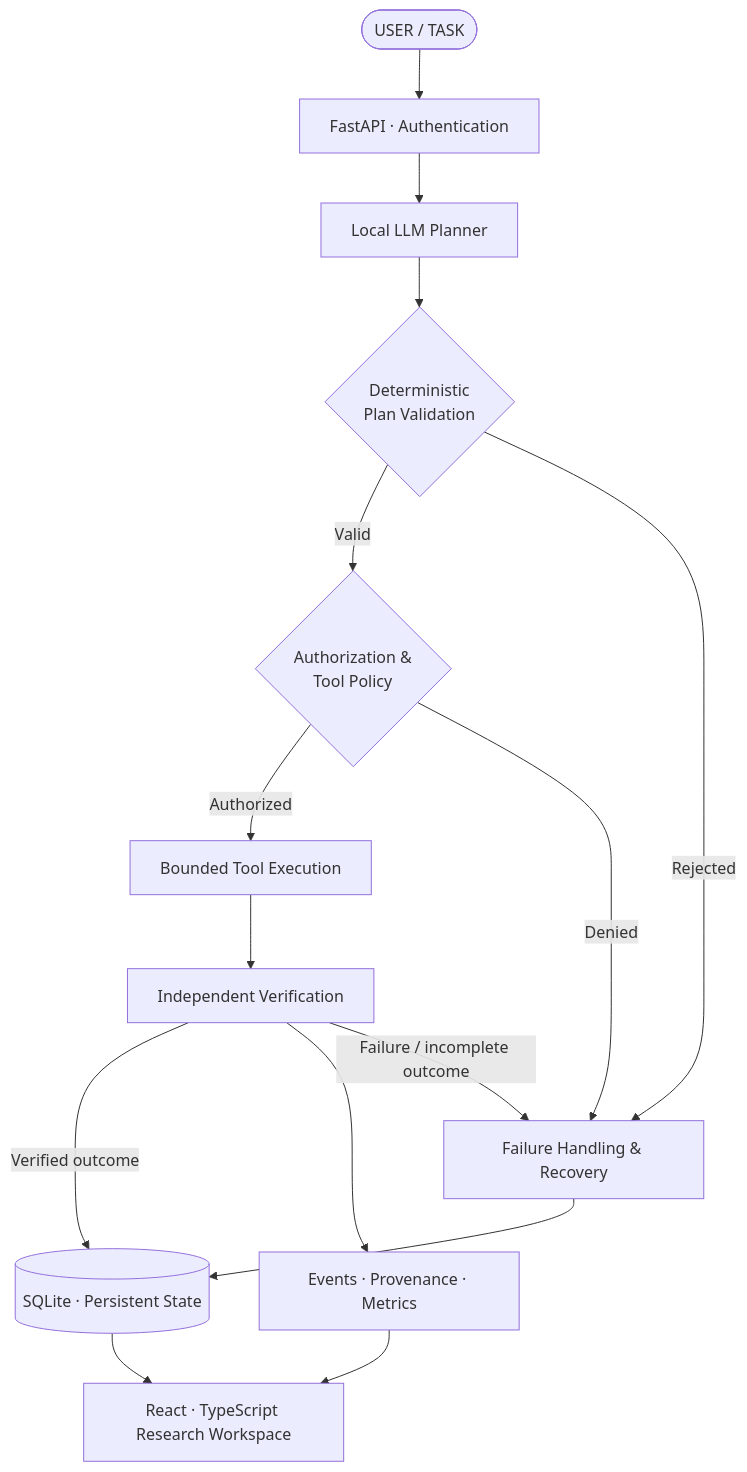
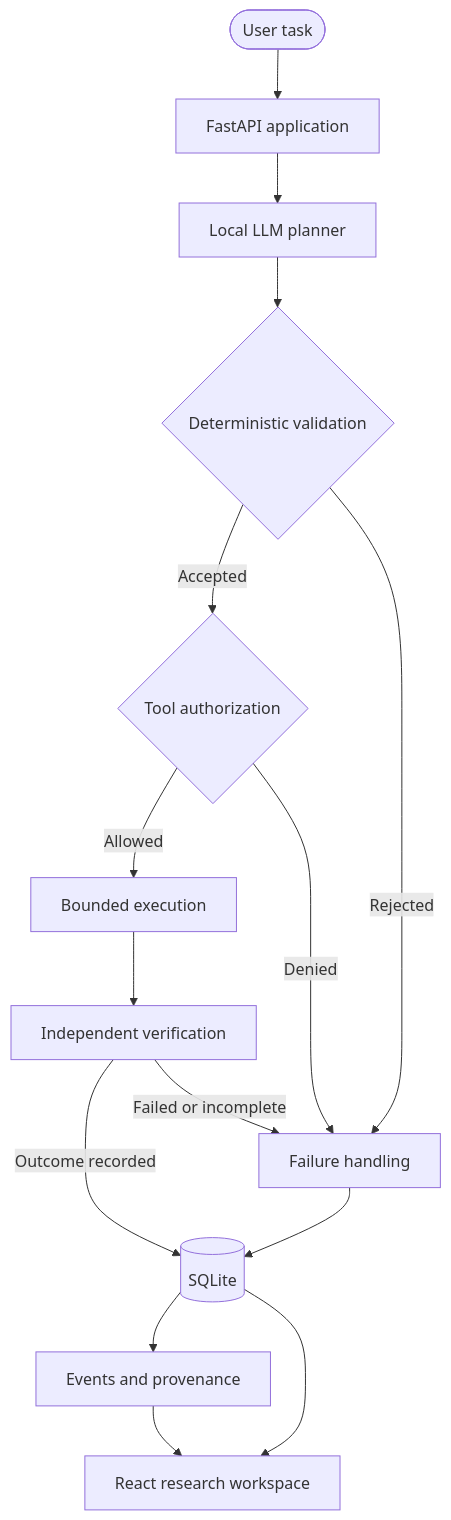
The diagram in README.md (n0tify/ATLAS-X), drawn with Mermaid before and after one commit. The commit also changed other lines of this file, not shown here.

````diff
--- a/README.md
+++ b/README.md
@@ -37,29 +75,17 @@
 ```mermaid
 flowchart TD
-    U(["USER / TASK"])
-    API["FastAPI · Authentication"]
-    P["Local LLM Planner"]
-    V{"Deterministic<br/>Plan Validation"}
-    A{"Authorization &<br/>Tool Policy"}
-    X["Bounded Tool Execution"]
-    C["Independent Verification"]
-    DB[("SQLite · Persistent State")]
-    EV["Events · Provenance · Metrics"]
-    R["Failure Handling & Recovery"]
-    UI["React · TypeScript Research Workspace"]
-
-    U --> API
-    API --> P
-    P --> V
-    V -->|Valid| A
-    V -->|Rejected| R
-    A -->|Authorized| X
-    A -->|Denied| R
-    X --> C
-    C -->|Verified outcome| DB
-    C --> EV
-    C -->|Failure / incomplete outcome| R
-    R --> DB
-    DB --> UI
-    EV --> UI
+    U([User task]) --> API[FastAPI application]
+    API --> P[Local LLM planner]
+    P --> V{Deterministic validation}
+    V -->|Accepted| A{Tool authorization}
+    V -->|Rejected| F[Failure handling]
+    A -->|Allowed| E[Bounded execution]
+    A -->|Denied| F
+    E --> I[Independent verification]
+    I -->|Outcome recorded| DB[(SQLite)]
+    I -->|Failed or incomplete| F
+    F --> DB
+    DB --> PR[Events and provenance]
+    DB --> UI[React research workspace]
+    PR --> UI
 ```
````
